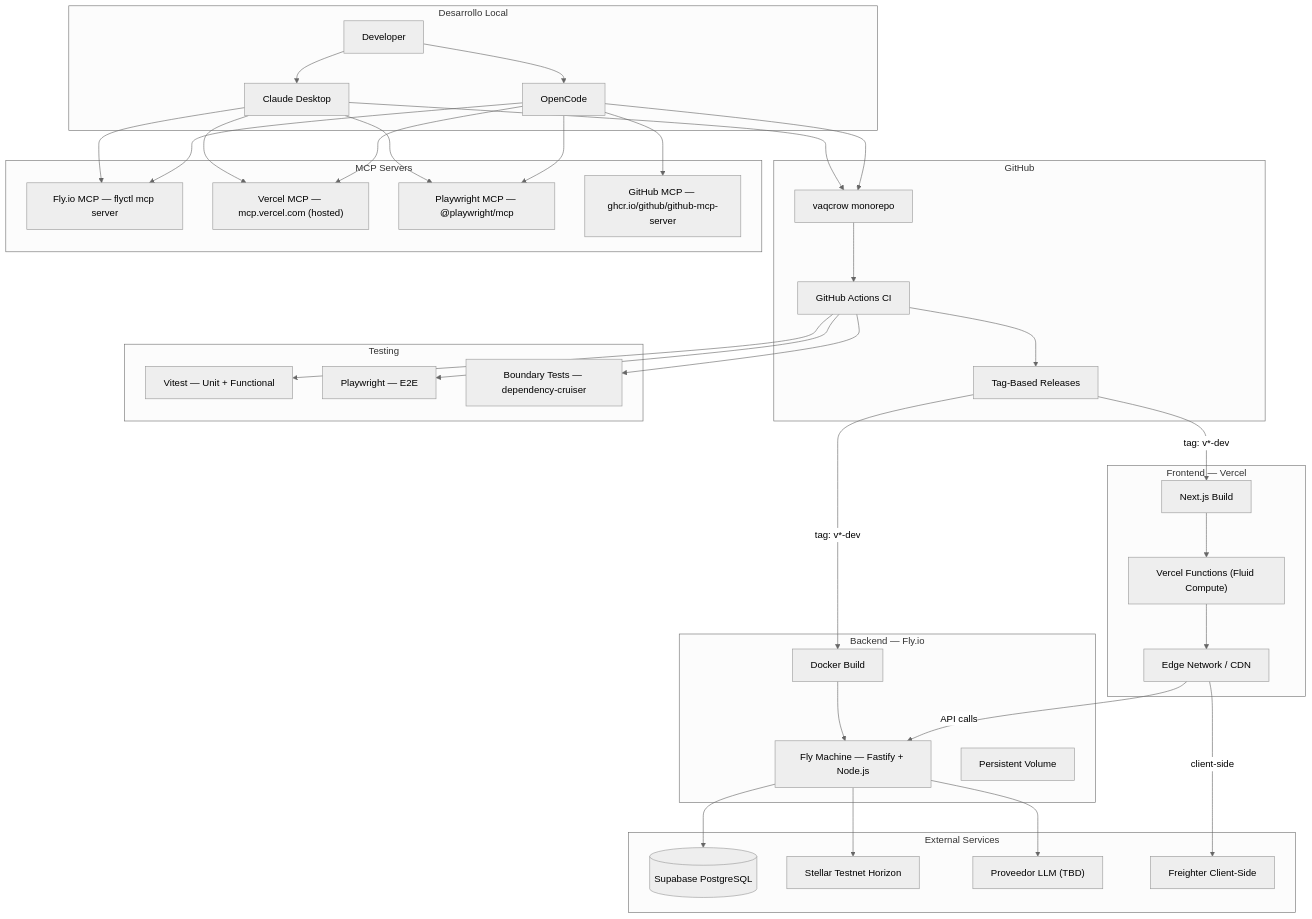
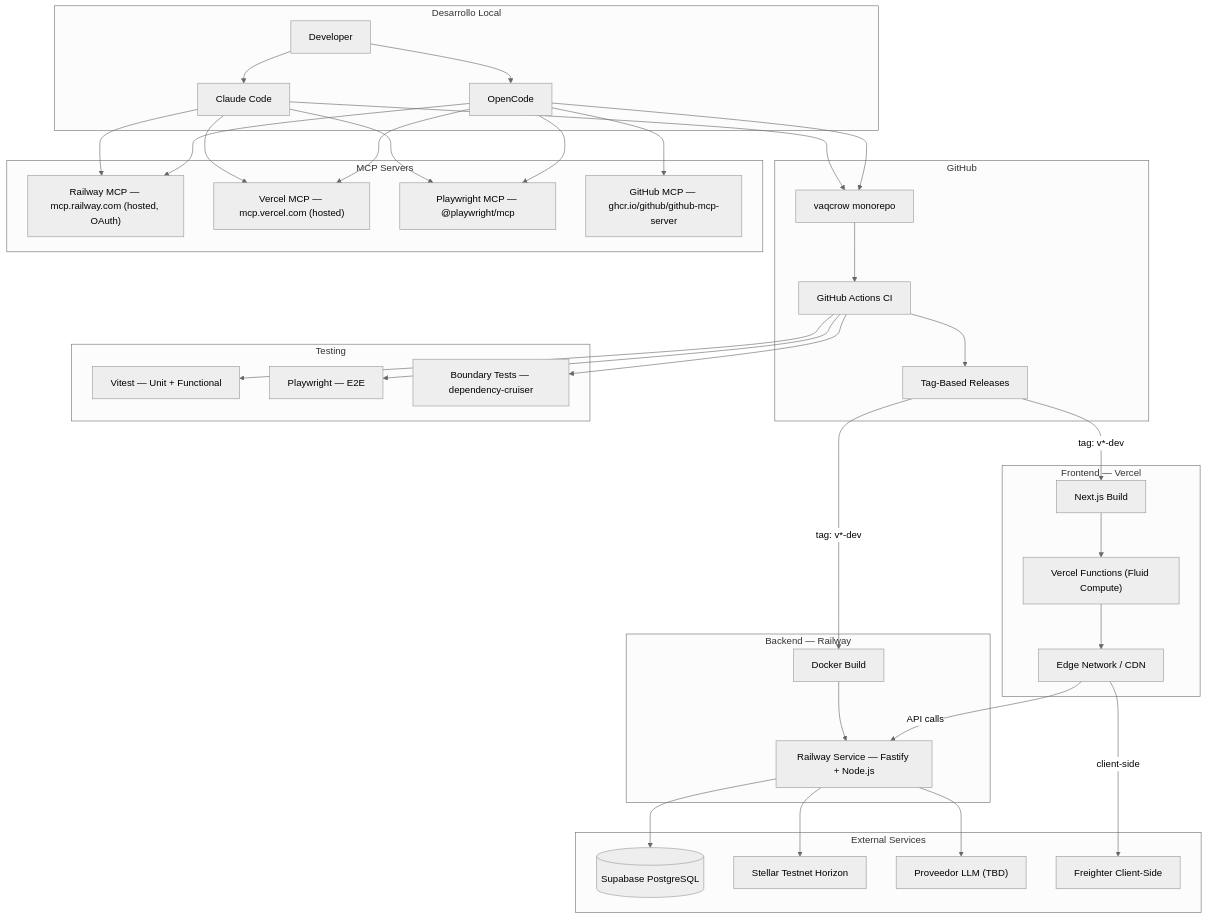
One commit to reyduar/Vaqcrow changed the first of 3 diagrams in docs/architecture/deploy-planning.md. Above: the diagram before and after it, drawn with Mermaid (neutral theme). The commit also changed other lines of this file, not shown here.

First line of the commit message:
docs(planning): retarget the deploy plan from Fly.io to Railway

````diff
--- a/docs/architecture/deploy-planning.md
+++ b/docs/architecture/deploy-planning.md
@@ -38,82 +38,81 @@
 ```mermaid
 graph TB
     subgraph "Desarrollo Local"
         DEV[Developer]
         OC[OpenCode]
-        CD[Claude Desktop]
+        CD[Claude Code]
     end
 
     subgraph "GitHub"
         REPO[vaqcrow monorepo]
         CI[GitHub Actions CI]
         TAGS[Tag-Based Releases]
     end
 
     subgraph "Frontend — Vercel"
         WEB_BUILD[Next.js Build]
         WEB_DEPLOY["Vercel Functions (Fluid Compute)"]
         WEB_CDN[Edge Network / CDN]
     end
 
-    subgraph "Backend — Fly.io"
+    subgraph "Backend — Railway"
         API_DOCKER[Docker Build]
-        API_FLY["Fly Machine — Fastify + Node.js"]
-        API_VOL[Persistent Volume]
+        API_RAILWAY["Railway Service — Fastify + Node.js"]
     end
 
     subgraph "External Services"
         SUPABASE[(Supabase PostgreSQL)]
         STELLAR["Stellar Testnet Horizon"]
         LLM["Proveedor LLM (TBD)"]
         FREIGHTER[Freighter Client-Side]
     end
 
     subgraph "MCP Servers"
-        FLY_MCP["Fly.io MCP — flyctl mcp server"]
+        RAILWAY_MCP["Railway MCP — mcp.railway.com (hosted, OAuth)"]
         VERCEL_MCP["Vercel MCP — mcp.vercel.com (hosted)"]
         PW_MCP["Playwright MCP — @playwright/mcp"]
         GH_MCP["GitHub MCP — ghcr.io/github/github-mcp-server"]
     end
 
     subgraph "Testing"
         UNIT["Vitest — Unit + Functional"]
         E2E["Playwright — E2E"]
         BOUNDARY["Boundary Tests — dependency-cruiser"]
     end
 
     DEV --> OC
     DEV --> CD
 
     OC --> REPO
     CD --> REPO
 
     REPO --> CI
     CI --> TAGS
 
     TAGS -->|tag: v*-dev| WEB_BUILD
     TAGS -->|tag: v*-dev| API_DOCKER
 
     WEB_BUILD --> WEB_DEPLOY
     WEB_DEPLOY --> WEB_CDN
-    WEB_CDN -->|API calls| API_FLY
+    WEB_CDN -->|API calls| API_RAILWAY
 
-    API_DOCKER --> API_FLY
-    API_FLY --> SUPABASE
-    API_FLY --> STELLAR
-    API_FLY --> LLM
+    API_DOCKER --> API_RAILWAY
+    API_RAILWAY --> SUPABASE
+    API_RAILWAY --> STELLAR
+    API_RAILWAY --> LLM
 
     WEB_CDN -->|client-side| FREIGHTER
 
-    OC --> FLY_MCP
+    OC --> RAILWAY_MCP
     OC --> VERCEL_MCP
     OC --> PW_MCP
     OC --> GH_MCP
 
-    CD --> FLY_MCP
+    CD --> RAILWAY_MCP
     CD --> VERCEL_MCP
     CD --> PW_MCP
 
     CI --> UNIT
     CI --> E2E
     CI --> BOUNDARY
 ```
````
